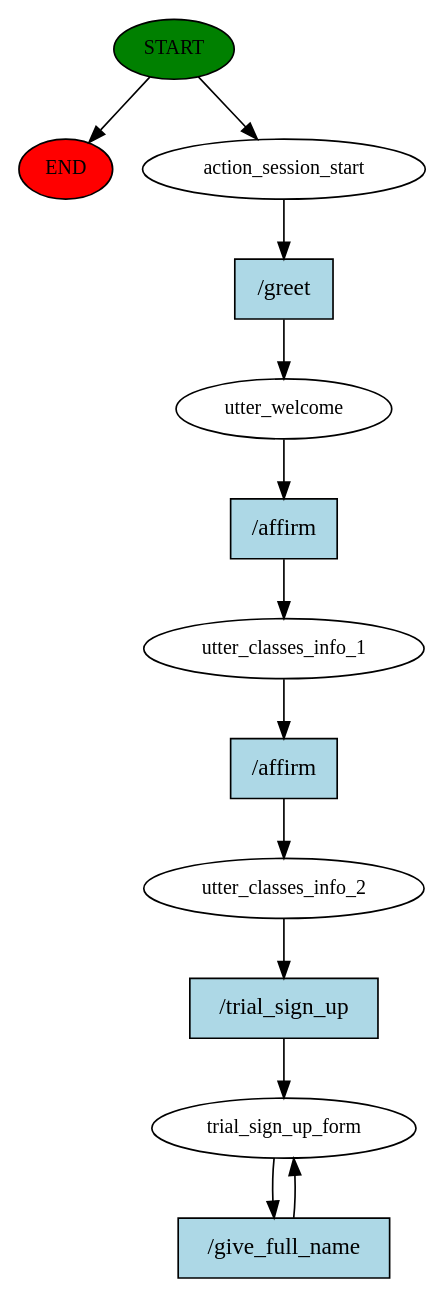
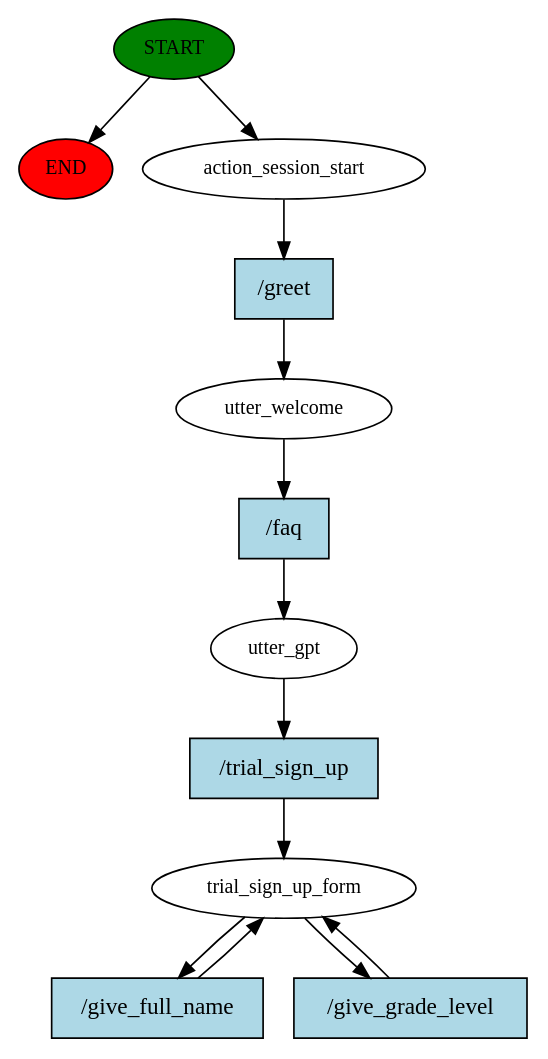
The diagram in story_graph.dot (Gigit-AI-Corporation/rasa), drawn with Graphviz before and after one commit. The commit also changed 1 other file, not shown here.

Commit message:
happy flow works

```diff
--- a/story_graph.dot
+++ b/story_graph.dot
@@ -1,26 +1,25 @@
 digraph  {
 0 [class="start active", fillcolor=green, fontsize=12, label=START, style=filled];
 "-1" [class=end, fillcolor=red, fontsize=12, label=END, style=filled];
 1 [class=active, fontsize=12, label=action_session_start];
 2 [class=active, fontsize=12, label=utter_welcome];
-3 [class=active, fontsize=12, label=utter_classes_info_1];
-4 [class=active, fontsize=12, label=utter_classes_info_2];
-5 [class="active dashed", fontsize=12, label=trial_sign_up_form];
+3 [class=active, fontsize=12, label=utter_gpt];
+4 [class="active dashed", fontsize=12, label=trial_sign_up_form];
 7 [class="intent active", fillcolor=lightblue, label="/greet", shape=rect, style=filled];
-8 [class="intent active", fillcolor=lightblue, label="/affirm", shape=rect, style=filled];
-9 [class="intent active", fillcolor=lightblue, label="/affirm", shape=rect, style=filled];
-10 [class="intent active", fillcolor=lightblue, label="/trial_sign_up", shape=rect, style=filled];
-11 [class="intent active", fillcolor=lightblue, label="/give_full_name", shape=rect, style=filled];
+8 [class="intent active", fillcolor=lightblue, label="/faq", shape=rect, style=filled];
+9 [class="intent active", fillcolor=lightblue, label="/trial_sign_up", shape=rect, style=filled];
+10 [class="intent active", fillcolor=lightblue, label="/give_full_name", shape=rect, style=filled];
+11 [class="intent active", fillcolor=lightblue, label="/give_grade_level", shape=rect, style=filled];
 0 -> "-1"  [class="", key=NONE, label=""];
 0 -> 1  [class=active, key=NONE, label=""];
 1 -> 7  [class=active, key=0];
 2 -> 8  [class=active, key=0];
 3 -> 9  [class=active, key=0];
 4 -> 10  [class=active, key=0];
-5 -> 11  [class=active, key=0];
+4 -> 11  [class=active, key=0];
 7 -> 2  [class=active, key=0];
 8 -> 3  [class=active, key=0];
 9 -> 4  [class=active, key=0];
-10 -> 5  [class=active, key=0];
-11 -> 5  [class=active, key=0];
+10 -> 4  [class=active, key=0];
+11 -> 4  [class=active, key=0];
 }
```
